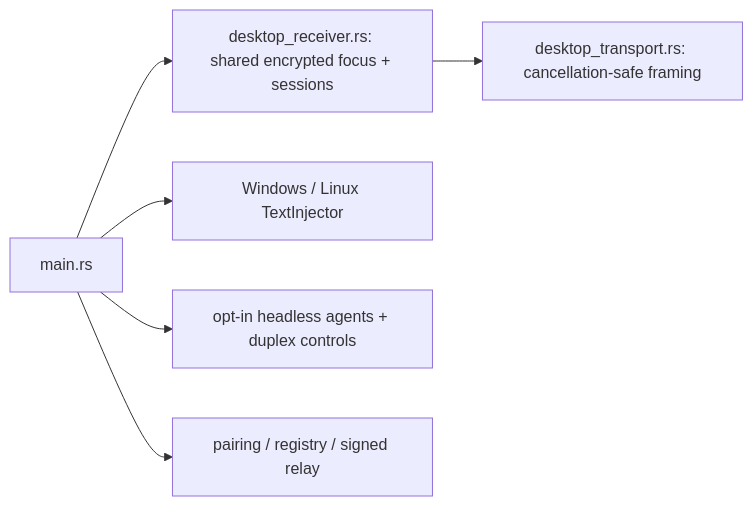
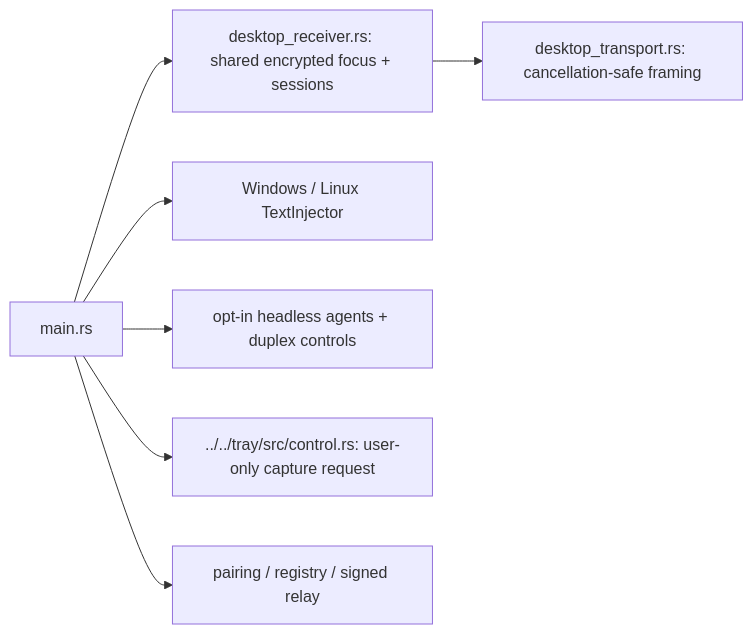
The diagram in SW/desktop/crates/app/src/README.md (Harwasch/voiceremote), drawn with Mermaid before and after one commit. The commit also changed other lines of this file and 31 other files, not shown here.

````diff
--- a/SW/desktop/crates/app/src/README.md
+++ b/SW/desktop/crates/app/src/README.md
@@ -1,8 +1,9 @@
 ```mermaid
 flowchart LR
     main[main.rs] --> Receiver[desktop_receiver.rs: shared encrypted focus + sessions]
     Receiver --> Wire[desktop_transport.rs: cancellation-safe framing]
     main --> Inject[Windows / Linux TextInjector]
     main --> Agents[opt-in headless agents + duplex controls]
+    main --> Toggle[../../tray/src/control.rs: user-only capture request]
     main --> Core[pairing / registry / signed relay]
 ```
````
